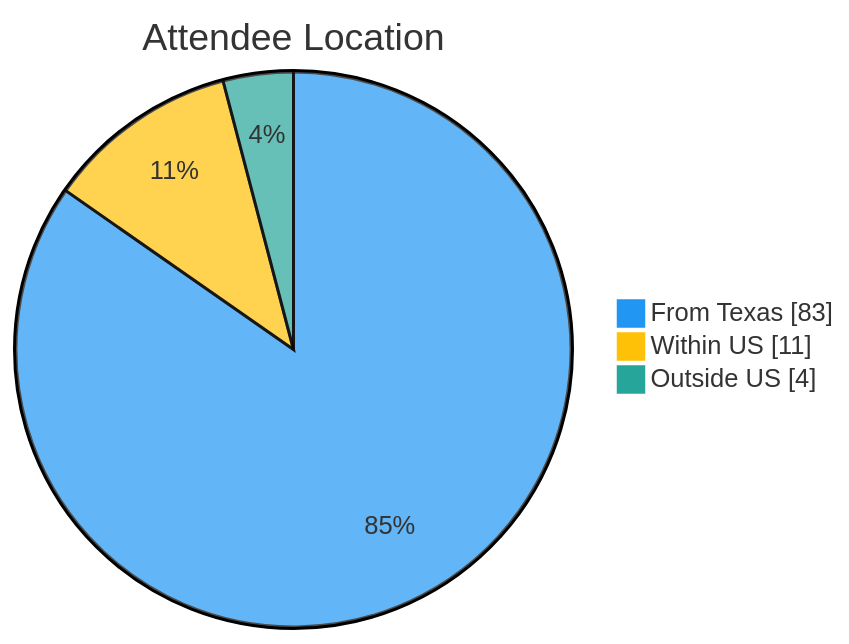
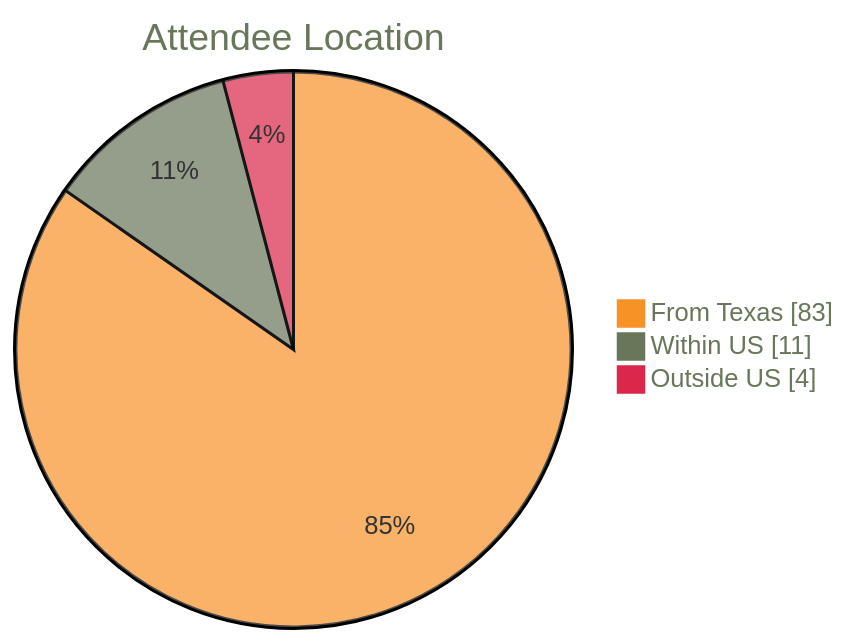
The first of 4 diagrams in docs/sponsors/sponsor-us.md (pytexas/2027), drawn with Mermaid before and after one commit. The commit also changed other lines of this file and 15 other files, not shown here.

````diff
--- a/docs/sponsors/sponsor-us.md
+++ b/docs/sponsors/sponsor-us.md
@@ -86,8 +86,8 @@
 ```mermaid
-%%{init: {'theme': 'base', 'themeVariables': { 'pie1': '#2196F3', 'pie2': '#FFC107', 'pie3': '#26A69A', 'pie4': '#FB8C00', 'pie5': '#5C6BC0', 'pie6': '#039BE5', 'pie7': '#FF7043'}}}%%
+%%{init: {'theme': 'base', 'themeVariables': { 'pie1': '#F79227', 'pie2': '#687659', 'pie3': '#D92849', 'pie4': '#FCBB77', 'pie5': '#879B6B', 'pie6': '#A61E38', 'pie7': '#4F5A44', 'pieTitleTextColor': '#687659', 'pieLegendTextColor': '#687659'}}}%%
 pie showData
     title Attendee Location
     "From Texas" : 83
     "Within US" : 11
     "Outside US" : 4
 ```
````
